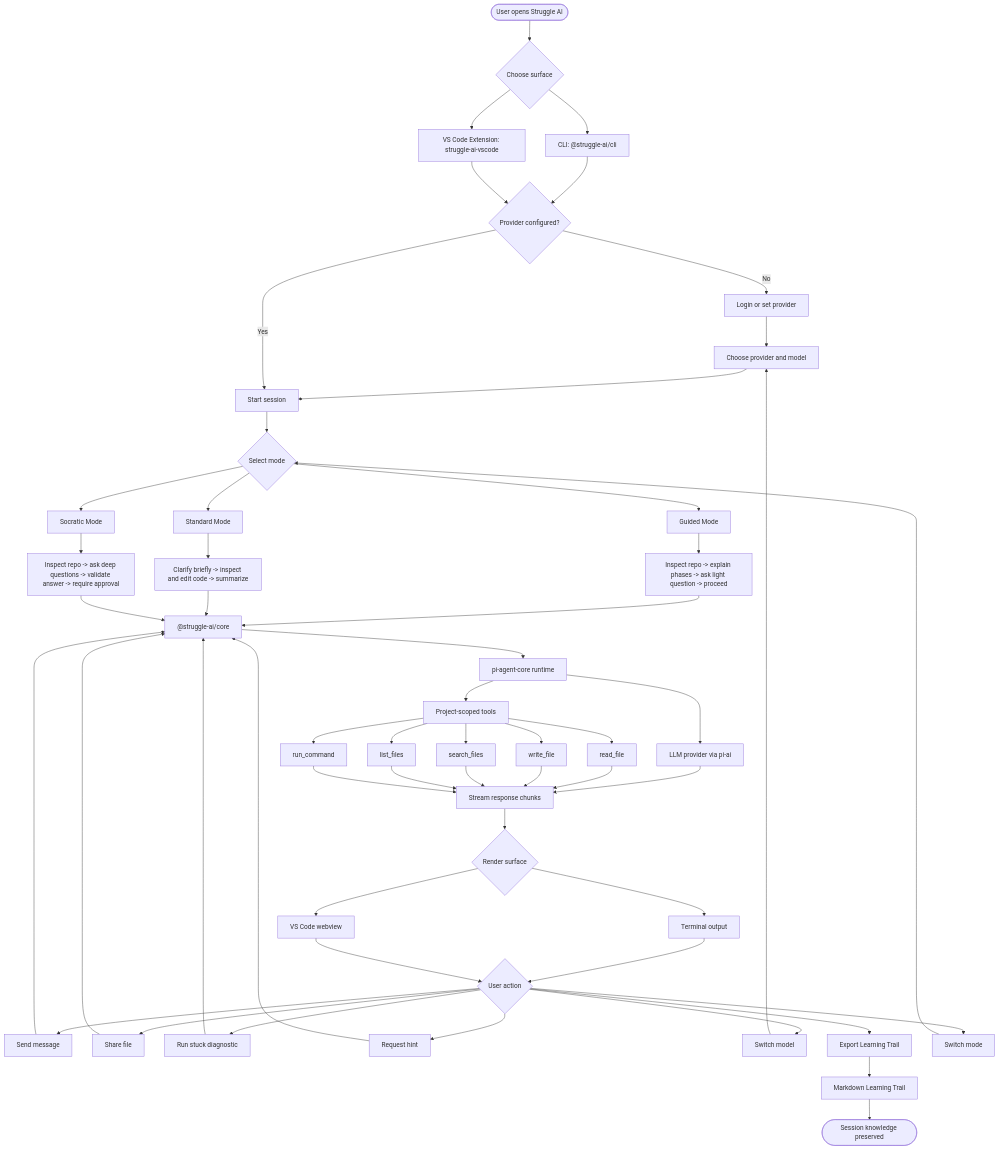
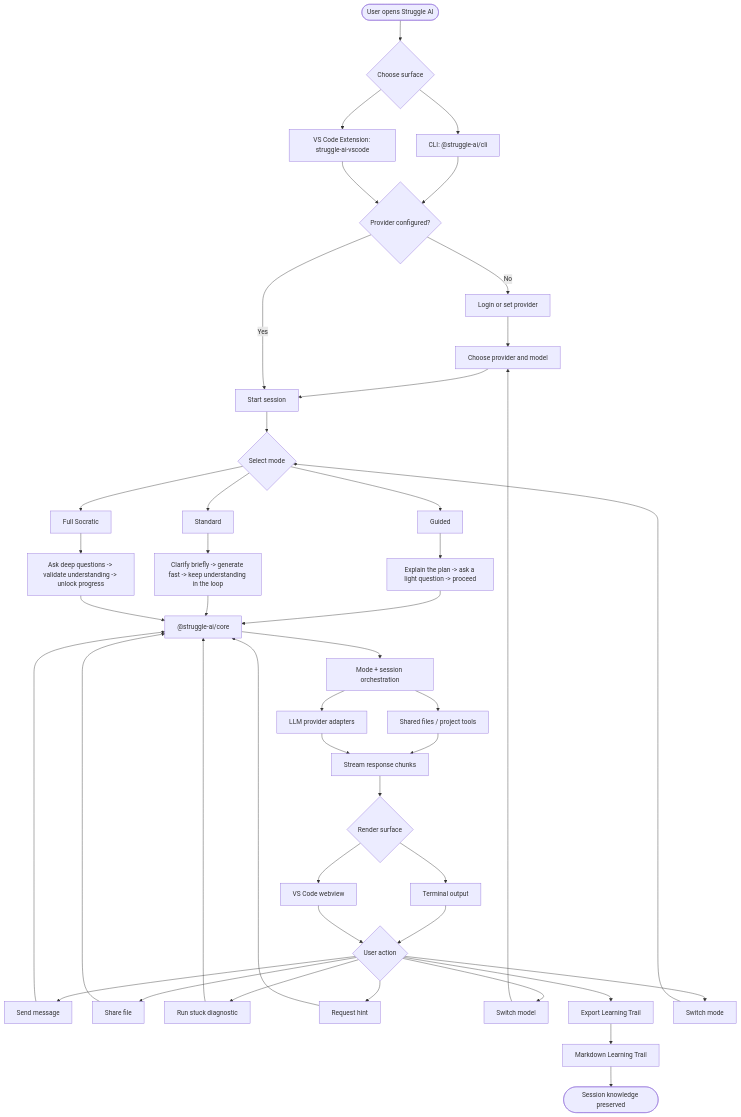
The diagram in docs/diagram.md (ShafayetSadi/struggle-code), drawn with Mermaid before and after one commit. The commit also changed 13 other files, not shown here.

````diff
--- a/docs/diagram.md
+++ b/docs/diagram.md
@@ -1,73 +1,63 @@
 ```mermaid
 flowchart TD
   Start(["User opens Struggle AI"]) --> Surface{"Choose surface"}
 
   Surface --> CLI["CLI: @struggle-ai/cli"]
   Surface --> VSCode["VS Code Extension: struggle-ai-vscode"]
 
   CLI --> ConfigCheck{"Provider configured?"}
   VSCode --> ConfigCheck
 
   ConfigCheck -->|No| Login["Login or set provider"]
   Login --> ProviderSelect["Choose provider and model"]
   ProviderSelect --> SessionStart
 
   ConfigCheck -->|Yes| SessionStart["Start session"]
 
   SessionStart --> ModeSelect{"Select mode"}
 
-  ModeSelect --> Guided["Guided Mode"]
-  ModeSelect --> Standard["Standard Mode"]
-  ModeSelect --> Socratic["Socratic Mode"]
+  ModeSelect --> Guided["Guided"]
+  ModeSelect --> Standard["Standard"]
+  ModeSelect --> Socratic["Full Socratic"]
 
-  Guided --> GuidedFlow["Inspect repo -> explain phases -> ask light question -> proceed"]
-  Standard --> StandardFlow["Clarify briefly -> inspect and edit code -> summarize"]
-  Socratic --> SocraticFlow["Inspect repo -> ask deep questions -> validate answer -> require approval"]
+  Guided --> GuidedFlow["Explain the plan -> ask a light question -> proceed"]
+  Standard --> StandardFlow["Clarify briefly -> generate fast -> keep understanding in the loop"]
+  Socratic --> SocraticFlow["Ask deep questions -> validate understanding -> unlock progress"]
 
   GuidedFlow --> Core["@struggle-ai/core"]
   StandardFlow --> Core
   SocraticFlow --> Core
 
-  Core --> Agent["pi-agent-core runtime"]
-  Agent --> Tools["Project-scoped tools"]
-  Tools --> Read["read_file"]
-  Tools --> Write["write_file"]
-  Tools --> Search["search_files"]
-  Tools --> ListFiles["list_files"]
-  Tools --> Run["run_command"]
+  Core --> Modes["Mode + session orchestration"]
+  Modes --> Tools["Shared files / project tools"]
+  Modes --> Provider["LLM provider adapters"]
 
-  Agent --> Provider["LLM provider via pi-ai"]
-  Provider --> Stream["Stream response chunks"]
-
-  Read --> Stream
-  Write --> Stream
-  Search --> Stream
-  ListFiles --> Stream
-  Run --> Stream
+  Tools --> Stream["Stream response chunks"]
+  Provider --> Stream
 
   Stream --> Render{"Render surface"}
 
   Render --> CLIOutput["Terminal output"]
   Render --> Webview["VS Code webview"]
 
   CLIOutput --> Actions{"User action"}
   Webview --> Actions
 
   Actions --> Send["Send message"]
   Actions --> Share["Share file"]
   Actions --> Stuck["Run stuck diagnostic"]
   Actions --> Hint["Request hint"]
   Actions --> Model["Switch model"]
   Actions --> Trail["Export Learning Trail"]
   Actions --> ModeAgain["Switch mode"]
 
   Send --> Core
   Share --> Core
   Stuck --> Core
   Hint --> Core
   Model --> ProviderSelect
   ModeAgain --> ModeSelect
 
   Trail --> TrailFile["Markdown Learning Trail"]
   TrailFile --> End(["Session knowledge preserved"])
 ```
````
